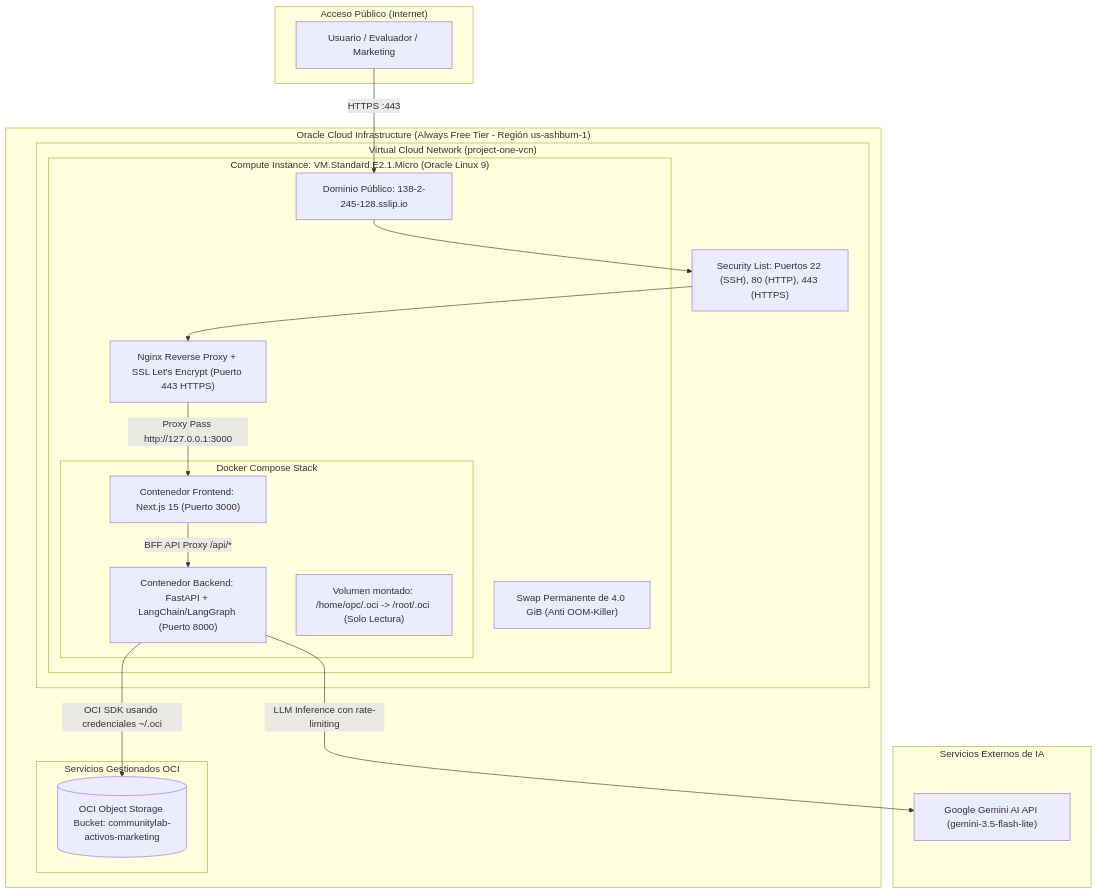
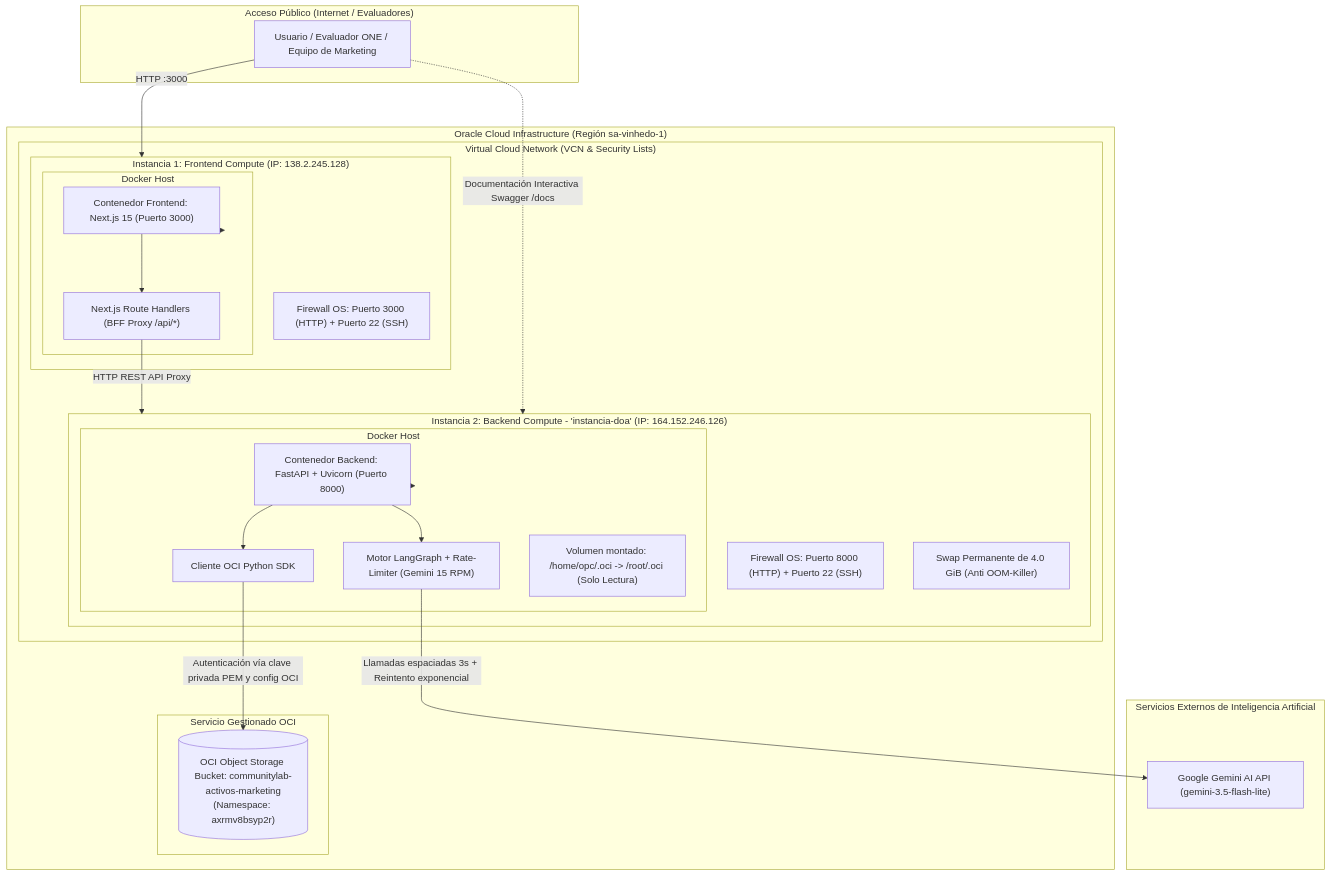
Before and after one commit to No-Country-simulation/CommunityLab-G10-team23: the second of 3 diagrams in docs/Documentacion_Equipo_D_y_Despliegue_OCI.md, drawn with Mermaid. The commit also changed other lines of this file, not shown here.

Commit message:
docs: actualizar documentacion oci con arquitectura real two-tier (frontend 138.2.245.128 y backend 164.152.246.126)

````diff
--- a/docs/Documentacion_Equipo_D_y_Despliegue_OCI.md
+++ b/docs/Documentacion_Equipo_D_y_Despliegue_OCI.md
@@ -60,39 +65,52 @@
 ```mermaid
 flowchart TB
-    subgraph Internet["Acceso Público (Internet)"]
-        User["Usuario / Evaluador / Marketing"]
+    subgraph Internet["Acceso Público (Internet / Evaluadores)"]
+        User["Usuario / Evaluador ONE / Equipo de Marketing"]
     end
 
-    subgraph OCI_Tenancy["Oracle Cloud Infrastructure (Always Free Tier - Región us-ashburn-1)"]
-        subgraph VCN["Virtual Cloud Network (project-one-vcn)"]
-            SL["Security List: Puertos 22 (SSH), 80 (HTTP), 443 (HTTPS)"]
+    subgraph OCI_Tenancy["Oracle Cloud Infrastructure (Región sa-vinhedo-1)"]
+        subgraph VCN["Virtual Cloud Network (VCN & Security Lists)"]
             
-            subgraph VM_Compute["Compute Instance: VM.Standard.E2.1.Micro (Oracle Linux 9)"]
+            subgraph VM_Frontend["Instancia 1: Frontend Compute (IP: 138.2.245.128)"]
+                FW1["Firewall OS: Puerto 3000 (HTTP) + Puerto 22 (SSH)"]
+                subgraph Docker_FE["Docker Host"]
+                    Frontend["Contenedor Frontend: Next.js 15 (Puerto 3000)"]
+                    BFF["Next.js Route Handlers (BFF Proxy /api/*)"]
+                end
+            end
+
+            subgraph VM_Backend["Instancia 2: Backend Compute - 'instancia-doa' (IP: 164.152.246.126)"]
+                FW2["Firewall OS: Puerto 8000 (HTTP) + Puerto 22 (SSH)"]
                 Swap["Swap Permanente de 4.0 GiB (Anti OOM-Killer)"]
-                Nginx["Nginx Reverse Proxy + SSL Let's Encrypt (Puerto 443 HTTPS)"]
-                Domain["Dominio Público: 138-2-245-128.sslip.io"]
-                
-                subgraph DockerCompose["Docker Compose Stack"]
-                    Frontend["Contenedor Frontend: Next.js 15 (Puerto 3000)"]
-                    Backend["Contenedor Backend: FastAPI + LangChain/LangGraph (Puerto 8000)"]
+                subgraph Docker_BE["Docker Host"]
+                    Backend["Contenedor Backend: FastAPI + Uvicorn (Puerto 8000)"]
+                    LangGraphEngine["Motor LangGraph + Rate-Limiter (Gemini 15 RPM)"]
+                    OCISDK["Cliente OCI Python SDK"]
                     AuthVol["Volumen montado: /home/opc/.oci -> /root/.oci (Solo Lectura)"]
                 end
             end
+
         end
 
-        subgraph OCI_Services["Servicios Gestionados OCI"]
-            Bucket[("OCI Object Storage Bucket: communitylab-activos-marketing")]
+        subgraph OCI_Storage_Service["Servicio Gestionado OCI"]
+            Bucket[("OCI Object Storage Bucket: communitylab-activos-marketing<br/>(Namespace: axrmv8bsyp2r)")]
         end
     end
 
-    subgraph External_APIs["Servicios Externos de IA"]
+    subgraph External_APIs["Servicios Externos de Inteligencia Artificial"]
         GeminiAPI["Google Gemini AI API (gemini-3.5-flash-lite)"]
     end
 
-    User -->|HTTPS :443| Domain
-    Domain --> SL --> Nginx
-    Nginx -->|Proxy Pass http://127.0.0.1:3000| Frontend
-    Frontend -->|BFF API Proxy /api/*| Backend
-    Backend -->|LLM Inference con rate-limiting| GeminiAPI
-    Backend -->|OCI SDK usando credenciales ~/.oci| Bucket
+    User -->|HTTP :3000| VM_Frontend
+    VM_Frontend --> Frontend
+    Frontend --> BFF
+    BFF -->|HTTP REST API Proxy| VM_Backend
+    VM_Backend --> Backend
+
+    User -.->|Documentación Interactiva Swagger /docs| VM_Backend
+
+    Backend --> LangGraphEngine
+    LangGraphEngine -->|Llamadas espaciadas 3s + Reintento exponencial| GeminiAPI
+    Backend --> OCISDK
+    OCISDK -->|Autenticación vía clave privada PEM y config OCI| Bucket
 ```
````
